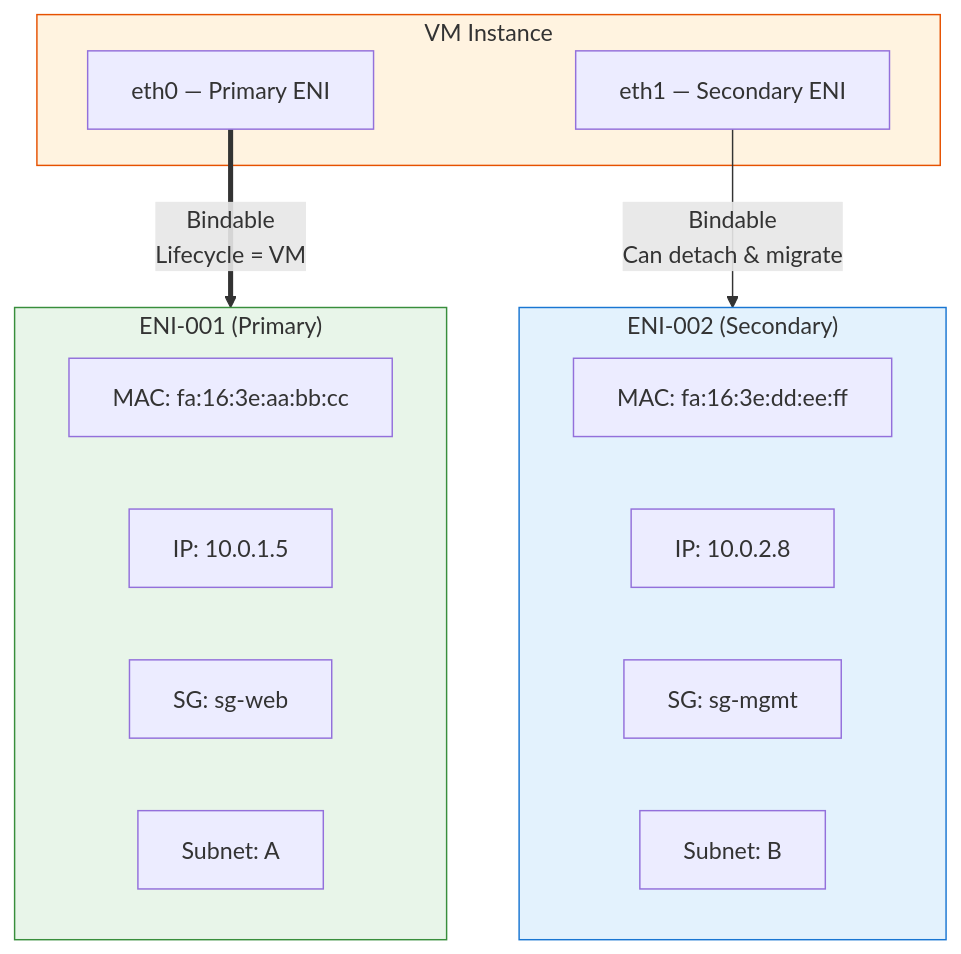
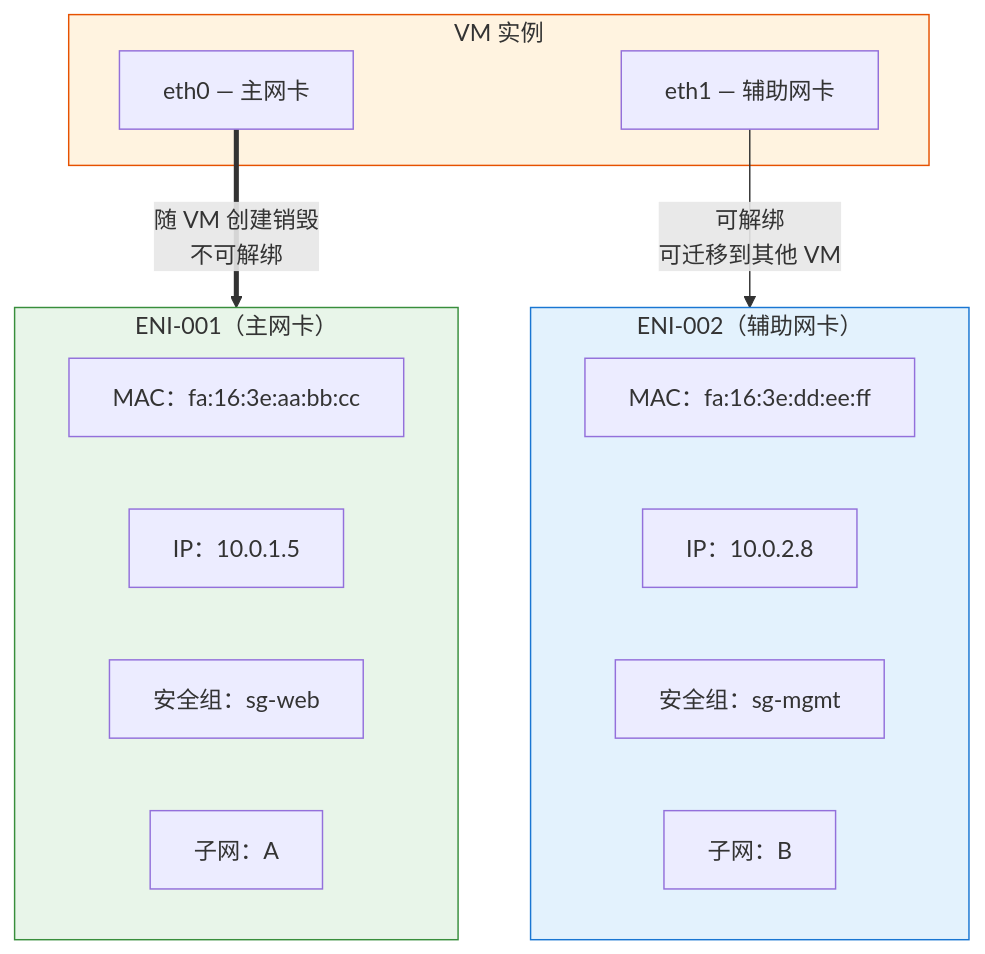
One commit to caozhiyi/network-book changed the fourth of 5 diagrams in docs/11.VPC内的基础网络服务DHCP与DNS与元数据与弹性网卡.md. Above: the diagram before and after it, drawn with Mermaid. The commit also changed other lines of this file and 77 other files, not shown here.

````diff
--- a/docs/11.VPC内的基础网络服务DHCP与DNS与元数据与弹性网卡.md
+++ b/docs/11.VPC内的基础网络服务DHCP与DNS与元数据与弹性网卡.md
@@ -160,28 +160,28 @@
 ```mermaid
 graph TB
-    subgraph VM["VM Instance"]
-        ETH0["eth0 — Primary ENI"]
-        ETH1["eth1 — Secondary ENI"]
+    subgraph VM["VM 实例"]
+        ETH0["eth0 — 主网卡"]
+        ETH1["eth1 — 辅助网卡"]
     end
 
-    subgraph ENI1["ENI-001 (Primary)"]
-        E1_MAC["MAC: fa:16:3e:aa:bb:cc"]
-        E1_IP["IP: 10.0.1.5"]
-        E1_SG["SG: sg-web"]
-        E1_SUB["Subnet: A"]
+    subgraph ENI1["ENI-001（主网卡）"]
+        E1_MAC["MAC：fa:16:3e:aa:bb:cc"]
+        E1_IP["IP：10.0.1.5"]
+        E1_SG["安全组：sg-web"]
+        E1_SUB["子网：A"]
     end
 
-    subgraph ENI2["ENI-002 (Secondary)"]
-        E2_MAC["MAC: fa:16:3e:dd:ee:ff"]
-        E2_IP["IP: 10.0.2.8"]
-        E2_SG["SG: sg-mgmt"]
-        E2_SUB["Subnet: B"]
+    subgraph ENI2["ENI-002（辅助网卡）"]
+        E2_MAC["MAC：fa:16:3e:dd:ee:ff"]
+        E2_IP["IP：10.0.2.8"]
+        E2_SG["安全组：sg-mgmt"]
+        E2_SUB["子网：B"]
     end
 
-    ETH0 ==>|"Bindable<br/>Lifecycle = VM"| ENI1
-    ETH1 -->|"Bindable<br/>Can detach & migrate"| ENI2
+    ETH0 ==>|"随 VM 创建销毁<br/>不可解绑"| ENI1
+    ETH1 -->|"可解绑<br/>可迁移到其他 VM"| ENI2
 
     style VM fill:#fff3e0,stroke:#e65100
     style ENI1 fill:#e8f5e9,stroke:#388e3c
     style ENI2 fill:#e3f2fd,stroke:#1976d2
 ```
````
